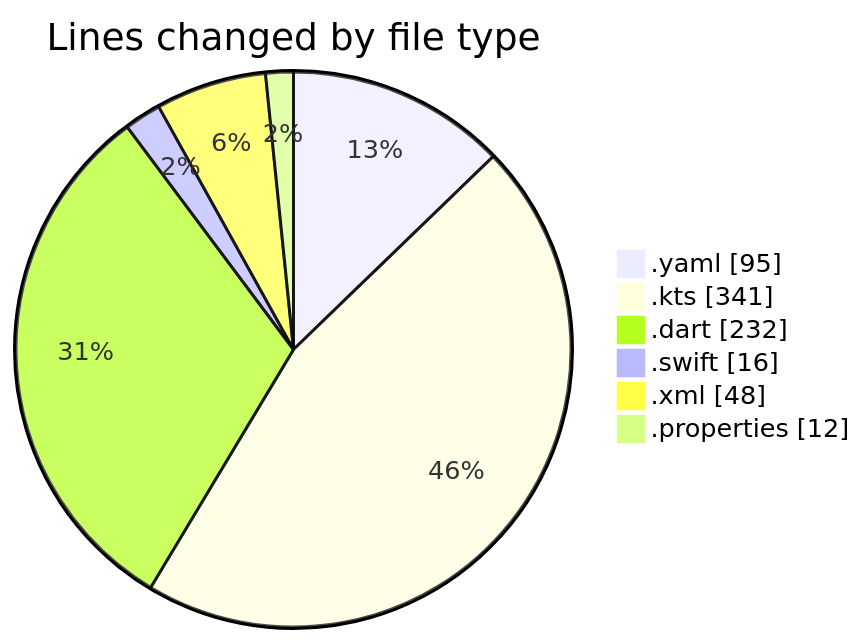
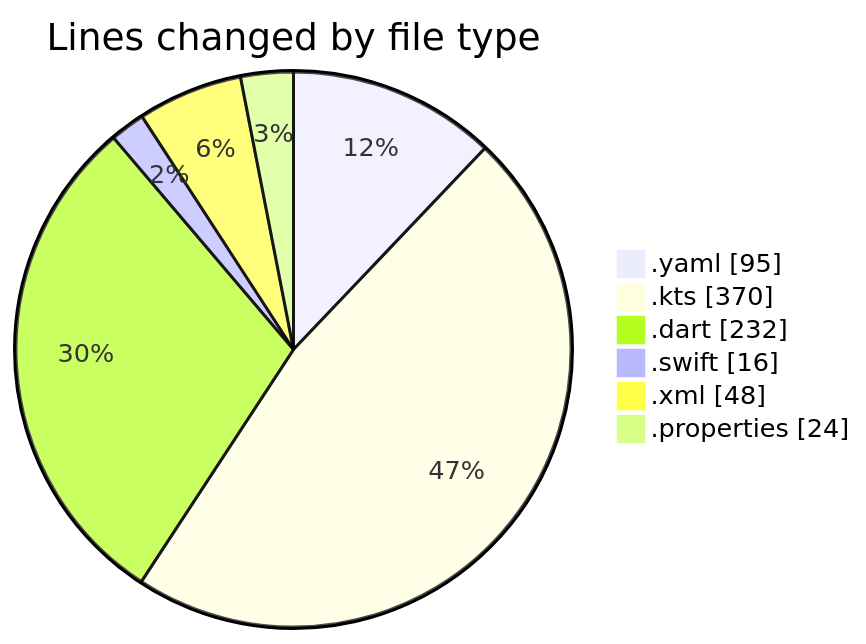
One commit to donsfak/code-tracking changed the first of 2 diagrams in 2025-02-16/uber_clone/README.md. Above: the diagram before and after it, drawn with Mermaid. The commit also changed other lines of this file and 1 other file, not shown here.

````diff
--- a/2025-02-16/uber_clone/README.md
+++ b/2025-02-16/uber_clone/README.md
@@ -27,10 +28,10 @@
 ```mermaid
 pie showData
 title Lines changed by file type
 ".yaml" : 95
-".kts" : 341
+".kts" : 370
 ".dart" : 232
 ".swift" : 16
 ".xml" : 48
-".properties" : 12
+".properties" : 24
 ```
````
